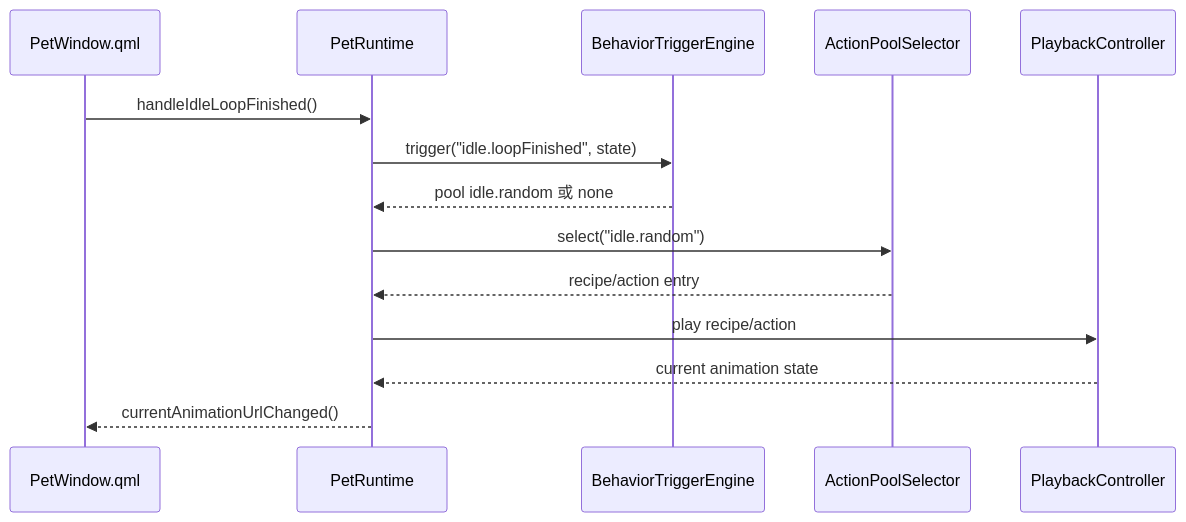
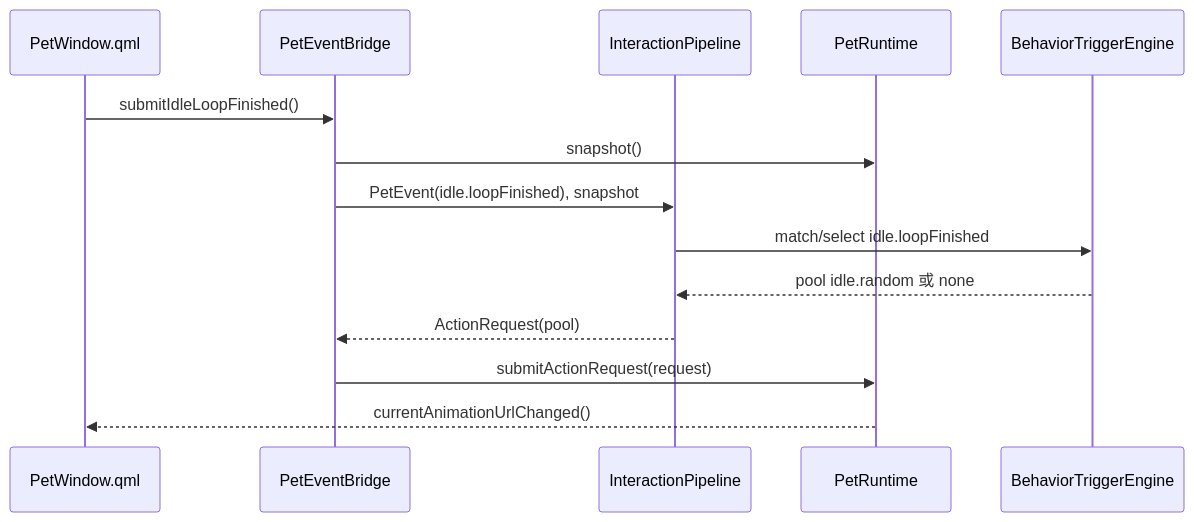
One commit to tiantian180/MilesEdgeworth changed the second of 5 diagrams in docs/v2/设计方案/桌宠运行时职责拆分设计.md. Above: the diagram before and after it, drawn with Mermaid. The commit also changed other lines of this file and 47 other files, not shown here.

Commit message:
refactor: add event action request pipeline

````diff
--- a/docs/v2/设计方案/桌宠运行时职责拆分设计.md
+++ b/docs/v2/设计方案/桌宠运行时职责拆分设计.md
@@ -489,17 +591,17 @@
 ```mermaid
 sequenceDiagram
     participant QML as PetWindow.qml
+    participant Bridge as PetEventBridge
+    participant Pipeline as InteractionPipeline
     participant Runtime as PetRuntime
     participant Trigger as BehaviorTriggerEngine
-    participant Pool as ActionPoolSelector
-    participant Playback as PlaybackController
 
-    QML->>Runtime: handleIdleLoopFinished()
-    Runtime->>Trigger: trigger("idle.loopFinished", state)
-    Trigger-->>Runtime: pool idle.random 或 none
-    Runtime->>Pool: select("idle.random")
-    Pool-->>Runtime: recipe/action entry
-    Runtime->>Playback: play recipe/action
-    Playback-->>Runtime: current animation state
+    QML->>Bridge: submitIdleLoopFinished()
+    Bridge->>Runtime: snapshot()
+    Bridge->>Pipeline: PetEvent(idle.loopFinished), snapshot
+    Pipeline->>Trigger: match/select idle.loopFinished
+    Trigger-->>Pipeline: pool idle.random 或 none
+    Pipeline-->>Bridge: ActionRequest(pool)
+    Bridge->>Runtime: submitActionRequest(request)
     Runtime-->>QML: currentAnimationUrlChanged()
 ```
````
